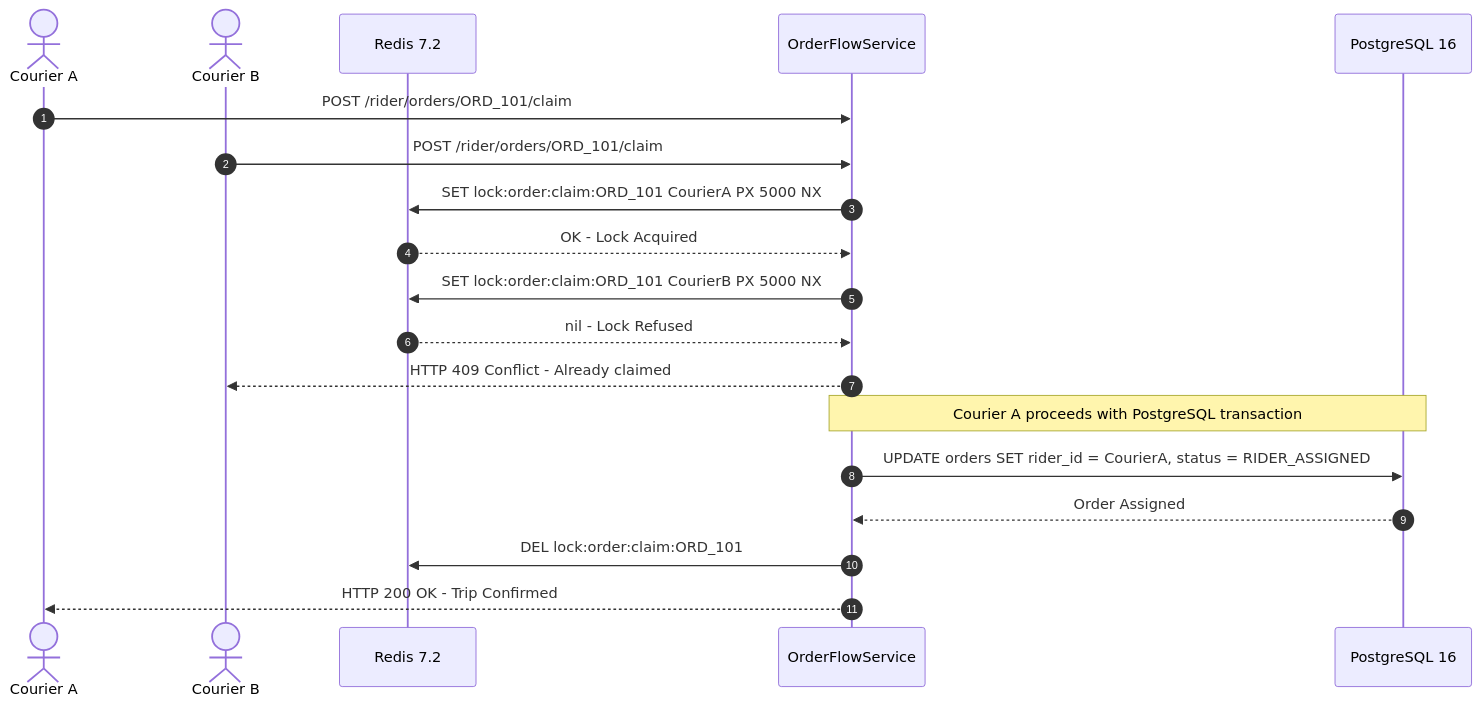
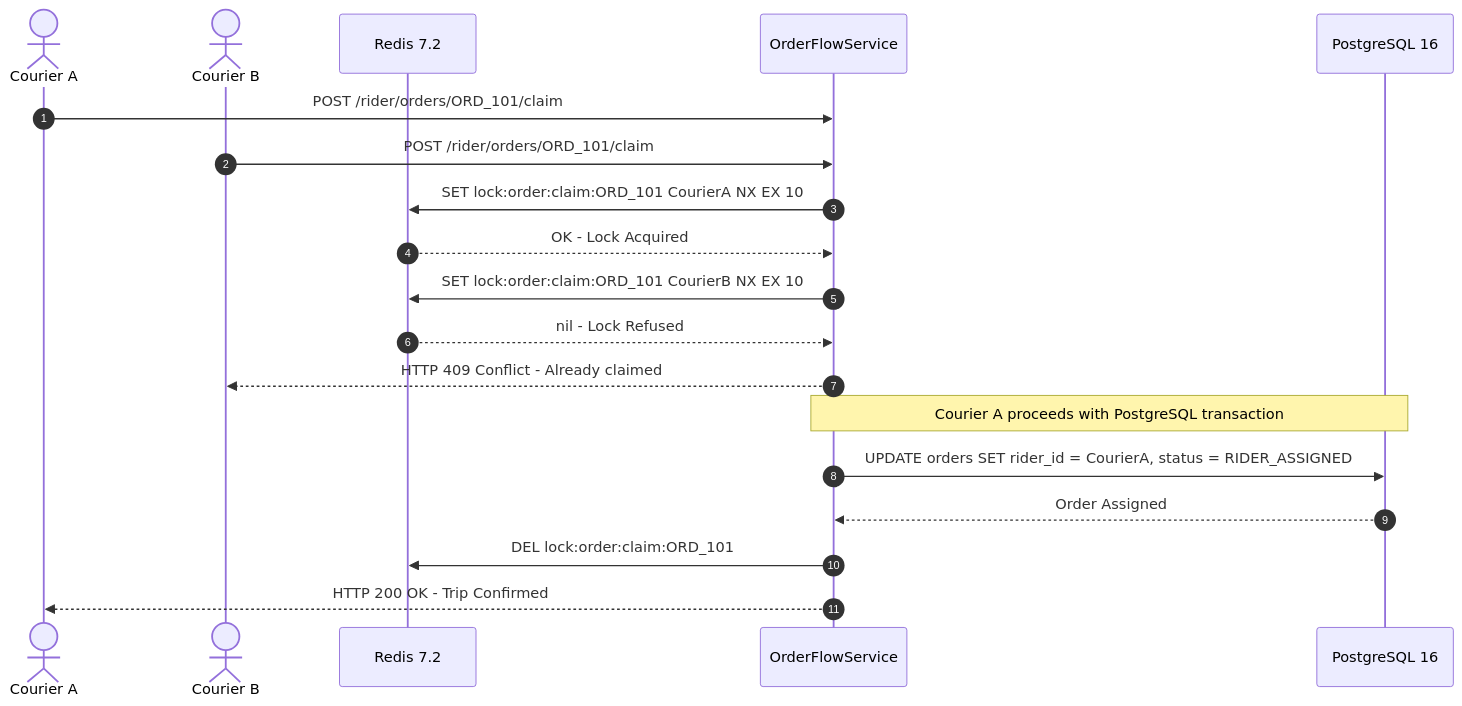
The diagram in context_docs/architecture-decision-records/ADR-004-atomic-dispatch-claim-mutex.md (BrainStation-23/DeliveryOS-Demo), drawn with Mermaid before and after one commit. The commit also changed other lines of this file and 18 other files, not shown here.

````diff
--- a/context_docs/architecture-decision-records/ADR-004-atomic-dispatch-claim-mutex.md
+++ b/context_docs/architecture-decision-records/ADR-004-atomic-dispatch-claim-mutex.md
@@ -36,26 +36,26 @@
 ```mermaid
 sequenceDiagram
     autonumber
     actor CourierA as Courier A
     actor CourierB as Courier B
     participant Redis as Redis 7.2
     participant API as OrderFlowService
     participant DB as PostgreSQL 16
 
     CourierA->>API: POST /rider/orders/ORD_101/claim
     CourierB->>API: POST /rider/orders/ORD_101/claim
     
-    API->>Redis: SET lock:order:claim:ORD_101 CourierA PX 5000 NX
+    API->>Redis: SET lock:order:claim:ORD_101 CourierA NX EX 10
     Redis-->>API: OK - Lock Acquired
     
-    API->>Redis: SET lock:order:claim:ORD_101 CourierB PX 5000 NX
+    API->>Redis: SET lock:order:claim:ORD_101 CourierB NX EX 10
     Redis-->>API: nil - Lock Refused
     
     API-->>CourierB: HTTP 409 Conflict - Already claimed
 
     Note over API,DB: Courier A proceeds with PostgreSQL transaction
     API->>DB: UPDATE orders SET rider_id = CourierA, status = RIDER_ASSIGNED
     DB-->>API: Order Assigned
     API->>Redis: DEL lock:order:claim:ORD_101
     API-->>CourierA: HTTP 200 OK - Trip Confirmed
 ```
````
